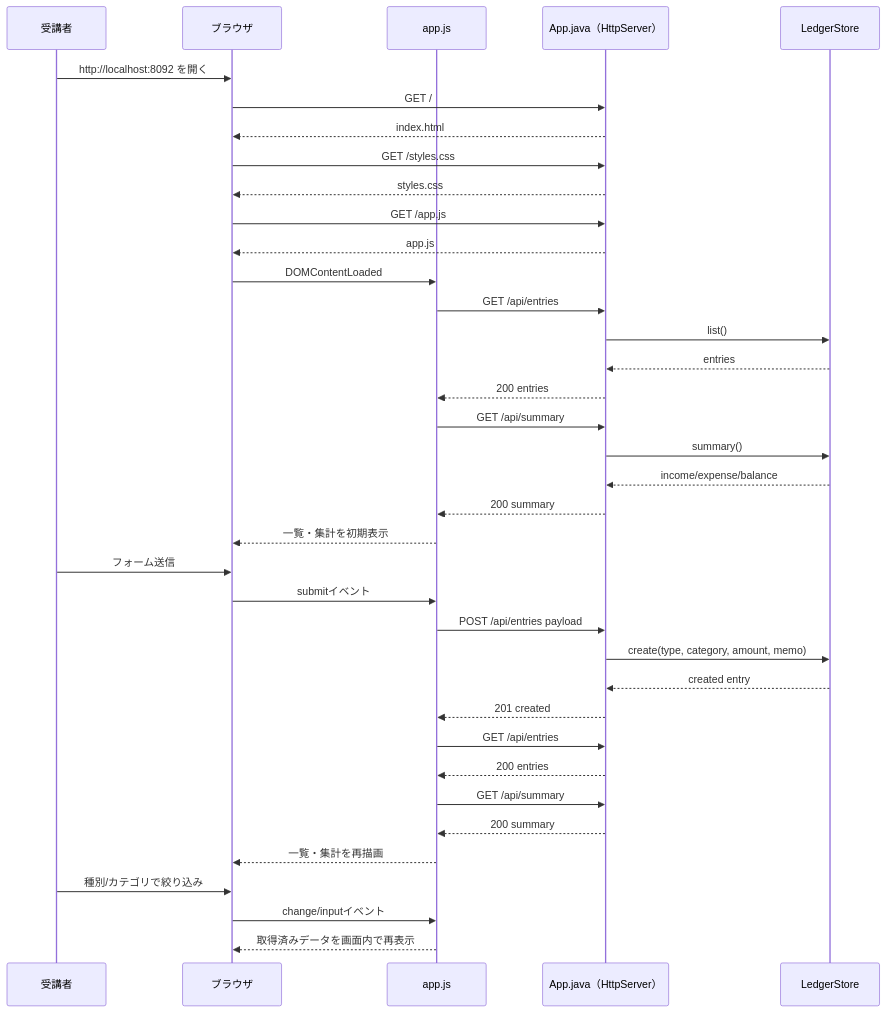
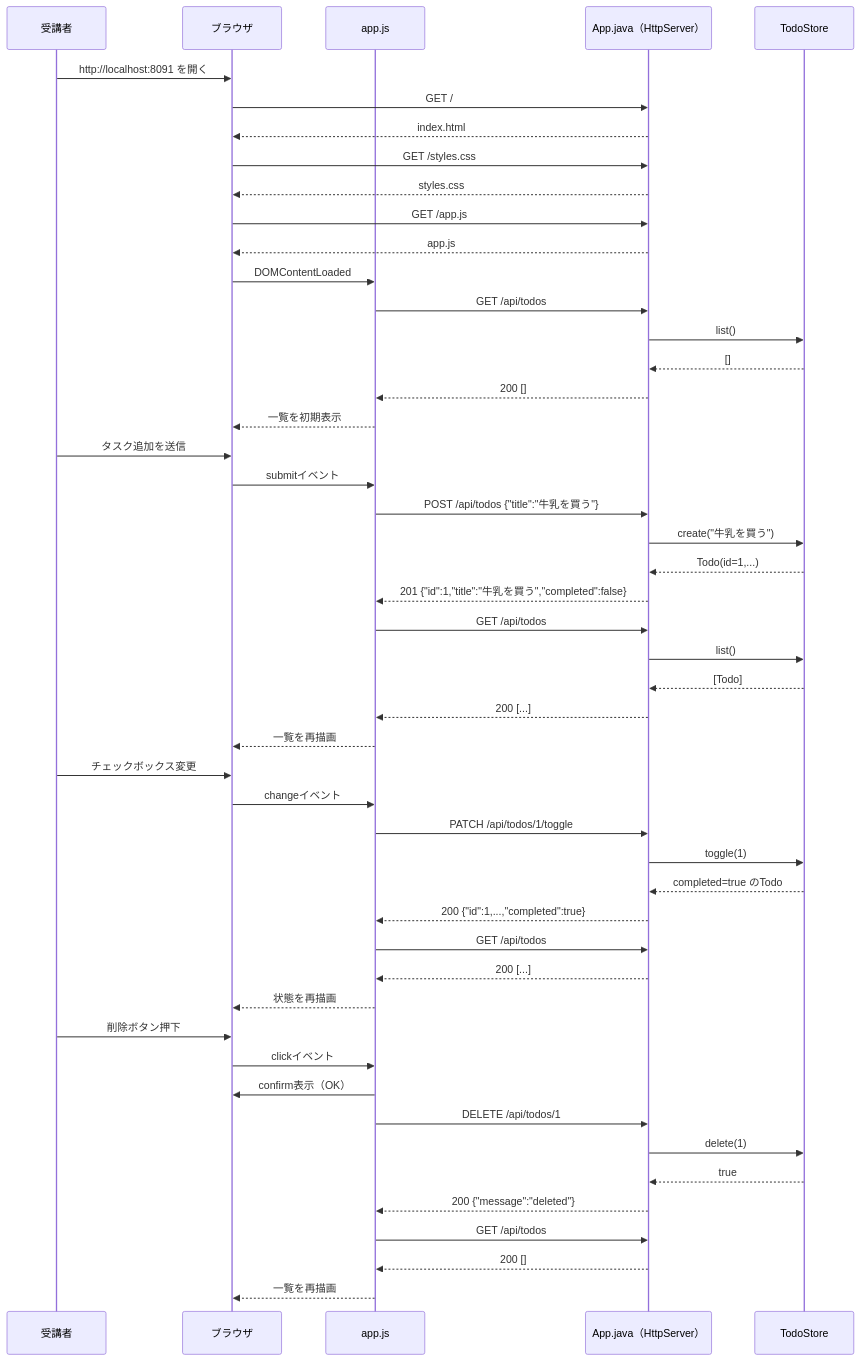
One commit to kiyomiya38/order-management-springboot changed the second of 3 diagrams in docs/curriculum/web-app(簡易版)/lesson3.md. Above: the diagram before and after it, drawn with Mermaid. The commit also changed other lines of this file and 32 other files, not shown here.

````diff
--- a/docs/curriculum/web-app(簡易版)/lesson3.md
+++ b/docs/curriculum/web-app(簡易版)/lesson3.md
@@ -91,43 +100,56 @@
 ```mermaid
 sequenceDiagram
   participant User as 受講者
   participant Br as ブラウザ
   participant Js as app.js
   participant App as App.java（HttpServer）
-  participant Store as LedgerStore
+  participant Store as TodoStore
 
-  User->>Br: http://localhost:8092 を開く
+  User->>Br: http://localhost:8091 を開く
   Br->>App: GET /
   App-->>Br: index.html
   Br->>App: GET /styles.css
   App-->>Br: styles.css
   Br->>App: GET /app.js
   App-->>Br: app.js
 
   Br->>Js: DOMContentLoaded
-  Js->>App: GET /api/entries
+  Js->>App: GET /api/todos
   App->>Store: list()
-  Store-->>App: entries
-  App-->>Js: 200 entries
-  Js->>App: GET /api/summary
-  App->>Store: summary()
-  Store-->>App: income/expense/balance
-  App-->>Js: 200 summary
-  Js-->>Br: 一覧・集計を初期表示
+  Store-->>App: []
+  App-->>Js: 200 []
+  Js-->>Br: 一覧を初期表示
 
-  User->>Br: フォーム送信
+  User->>Br: タスク追加を送信
   Br->>Js: submitイベント
-  Js->>App: POST /api/entries payload
-  App->>Store: create(type, category, amount, memo)
-  Store-->>App: created entry
-  App-->>Js: 201 created
-  Js->>App: GET /api/entries
-  App-->>Js: 200 entries
-  Js->>App: GET /api/summary
-  App-->>Js: 200 summary
-  Js-->>Br: 一覧・集計を再描画
+  Js->>App: POST /api/todos {"title":"牛乳を買う"}
+  App->>Store: create("牛乳を買う")
+  Store-->>App: Todo(id=1,...)
+  App-->>Js: 201 {"id":1,"title":"牛乳を買う","completed":false}
+  Js->>App: GET /api/todos
+  App->>Store: list()
+  Store-->>App: [Todo]
+  App-->>Js: 200 [...]
+  Js-->>Br: 一覧を再描画
 
-  User->>Br: 種別/カテゴリで絞り込み
-  Br->>Js: change/inputイベント
-  Js-->>Br: 取得済みデータを画面内で再表示
+  User->>Br: チェックボックス変更
+  Br->>Js: changeイベント
+  Js->>App: PATCH /api/todos/1/toggle
+  App->>Store: toggle(1)
+  Store-->>App: completed=true のTodo
+  App-->>Js: 200 {"id":1,...,"completed":true}
+  Js->>App: GET /api/todos
+  App-->>Js: 200 [...]
+  Js-->>Br: 状態を再描画
+
+  User->>Br: 削除ボタン押下
+  Br->>Js: clickイベント
+  Js->>Br: confirm表示（OK）
+  Js->>App: DELETE /api/todos/1
+  App->>Store: delete(1)
+  Store-->>App: true
+  App-->>Js: 200 {"message":"deleted"}
+  Js->>App: GET /api/todos
+  App-->>Js: 200 []
+  Js-->>Br: 一覧を再描画
 ```
````
